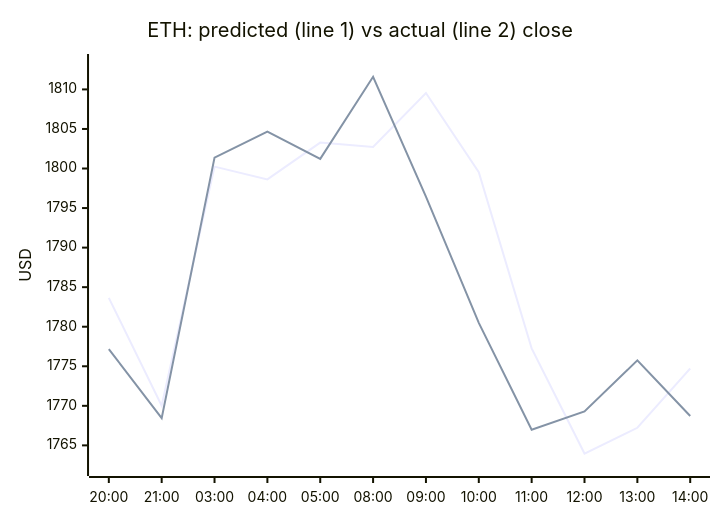
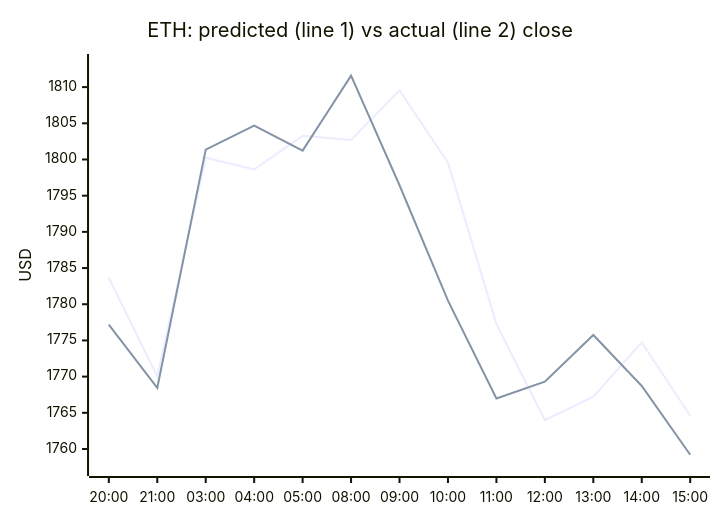
Before and after one commit to samuelkreitl-wq/crypto-hourly-forecaster: the second of 4 diagrams in README.md, drawn with Mermaid. The commit also changed other lines of this file and 14 other files, not shown here.

````diff
--- a/README.md
+++ b/README.md
@@ -47,8 +47,8 @@
 ```mermaid
 xychart-beta
     title "ETH: predicted (line 1) vs actual (line 2) close"
-    x-axis ["20:00", "21:00", "03:00", "04:00", "05:00", "08:00", "09:00", "10:00", "11:00", "12:00", "13:00", "14:00"]
-    y-axis "USD" 1762.2030 --> 1813.4016
-    line [1783.6536, 1770.0216, 1800.2369, 1798.6210, 1803.2721, 1802.7104, 1809.5477, 1799.5438, 1777.2612, 1763.9669, 1767.2241, 1774.7205]
-    line [1777.1700, 1768.4400, 1801.3700, 1804.6700, 1801.2200, 1811.5900, 1796.4400, 1780.4900, 1766.9800, 1769.3000, 1775.7500, 1768.7100]
+    x-axis ["20:00", "21:00", "03:00", "04:00", "05:00", "08:00", "09:00", "10:00", "11:00", "12:00", "13:00", "14:00", "15:00"]
+    y-axis "USD" 1757.4408 --> 1813.4016
+    line [1783.6536, 1770.0216, 1800.2369, 1798.6210, 1803.2721, 1802.7104, 1809.5477, 1799.5438, 1777.2612, 1763.9669, 1767.2241, 1774.7205, 1764.5976]
+    line [1777.1700, 1768.4400, 1801.3700, 1804.6700, 1801.2200, 1811.5900, 1796.4400, 1780.4900, 1766.9800, 1769.3000, 1775.7500, 1768.7100, 1759.2000]
 ```
````
